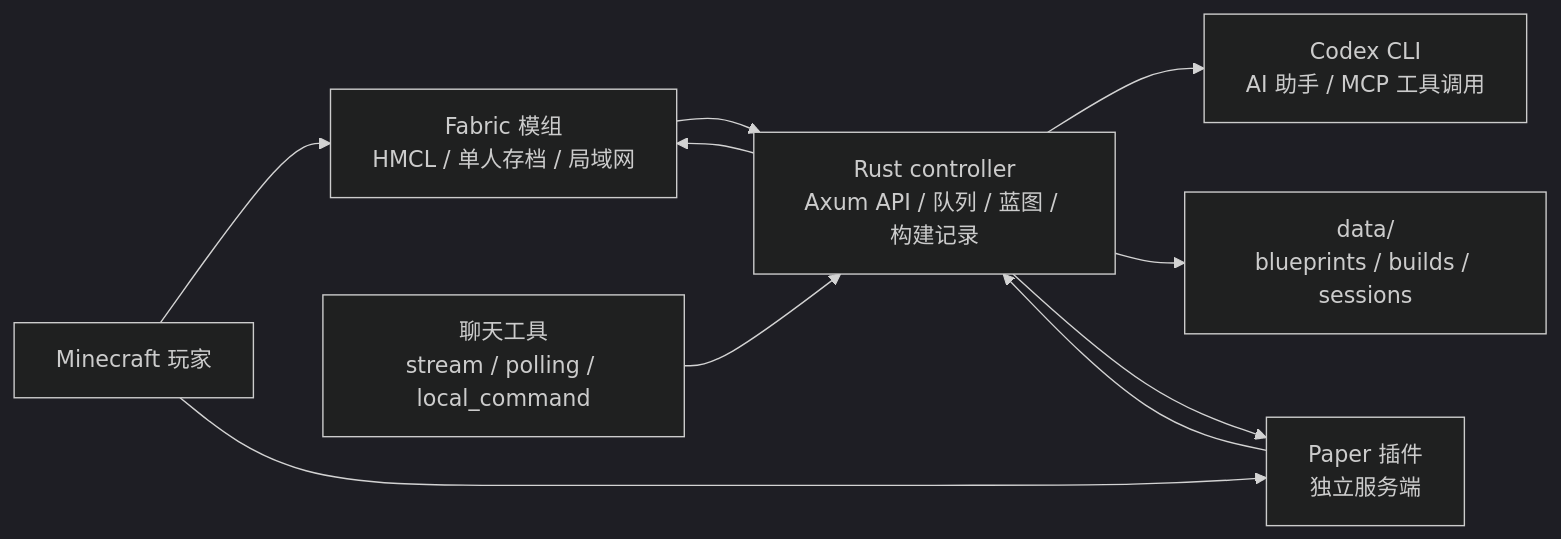
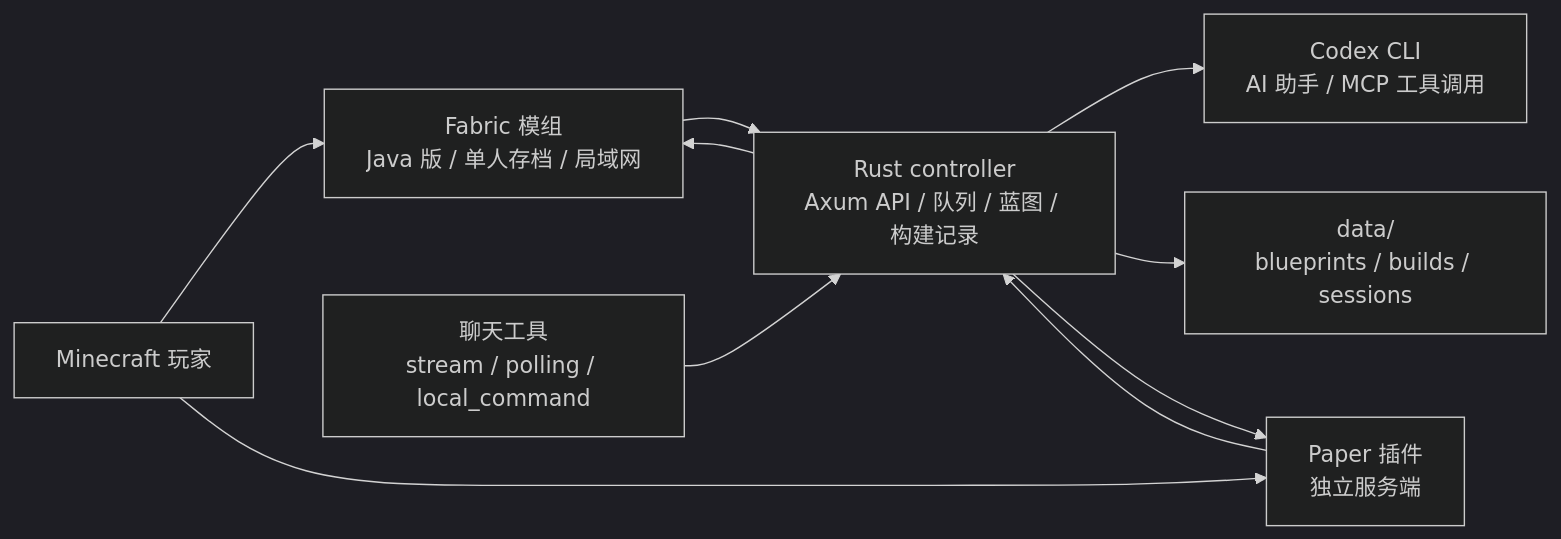
Before and after one commit to mari0w/blockwright: the diagram in README.zh-CN.md, drawn with Mermaid (dark theme). The commit also changed other lines of this file and 42 other files, not shown here.

First line of the commit message:
Update Java Fabric packaging docs

````diff
--- a/README.zh-CN.md
+++ b/README.zh-CN.md
@@ -60,12 +65,12 @@
 ```mermaid
 flowchart LR
-    Player["Minecraft 玩家"] --> Fabric["Fabric 模组<br/>HMCL / 单人存档 / 局域网"]
+    Player["Minecraft 玩家"] --> Fabric["Fabric 模组<br/>Java 版 / 单人存档 / 局域网"]
     Player --> Paper["Paper 插件<br/>独立服务端"]
     Bot["聊天工具<br/>stream / polling / local_command"] --> Controller["Rust controller<br/>Axum API / 队列 / 蓝图 / 构建记录"]
     Fabric --> Controller
     Paper --> Controller
     Controller --> Codex["Codex CLI<br/>AI 助手 / MCP 工具调用"]
     Controller --> Storage["data/<br/>blueprints / builds / sessions"]
     Controller --> Fabric
     Controller --> Paper
 ```
````
